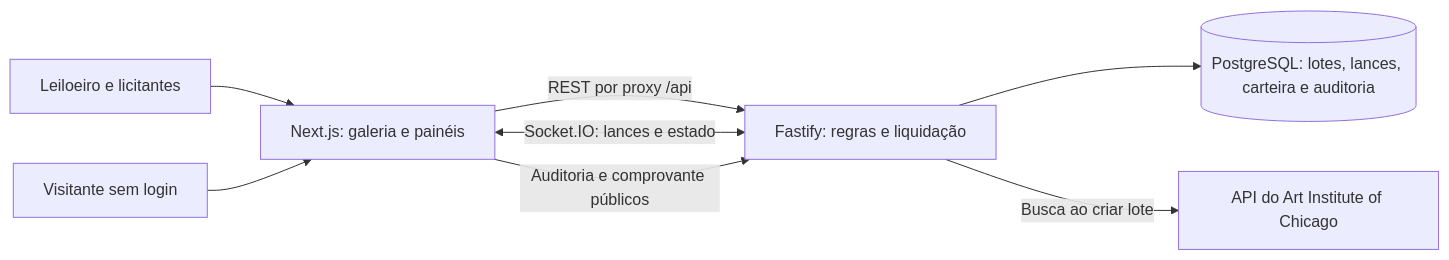
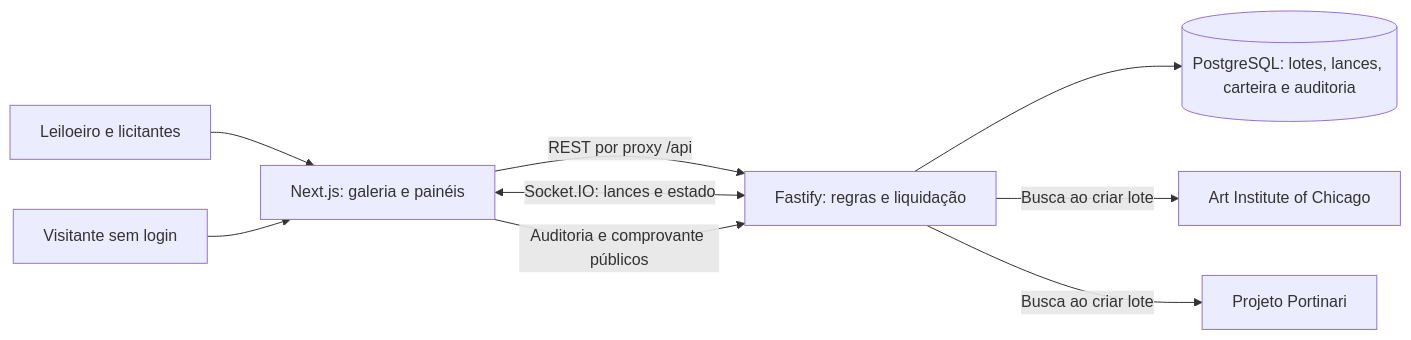
Before and after one commit to millenxs/lanceArte: the diagram in README.md, drawn with Mermaid. The commit also changed other lines of this file and 52 other files, not shown here.

````diff
--- a/README.md
+++ b/README.md
@@ -20,10 +20,11 @@
 ```mermaid
 flowchart LR
     U[Leiloeiro e licitantes] --> WEB[Next.js: galeria e painéis]
     P[Visitante sem login] --> WEB
     WEB -->|REST por proxy /api| API[Fastify: regras e liquidação]
     WEB <-->|Socket.IO: lances e estado| API
     API --> DB[(PostgreSQL: lotes, lances, carteira e auditoria)]
-    API -->|Busca ao criar lote| AIC[API do Art Institute of Chicago]
+    API -->|Busca ao criar lote| AIC[Art Institute of Chicago]
+    API -->|Busca ao criar lote| PORT[Projeto Portinari]
     WEB -->|Auditoria e comprovante públicos| API
 ```
````
